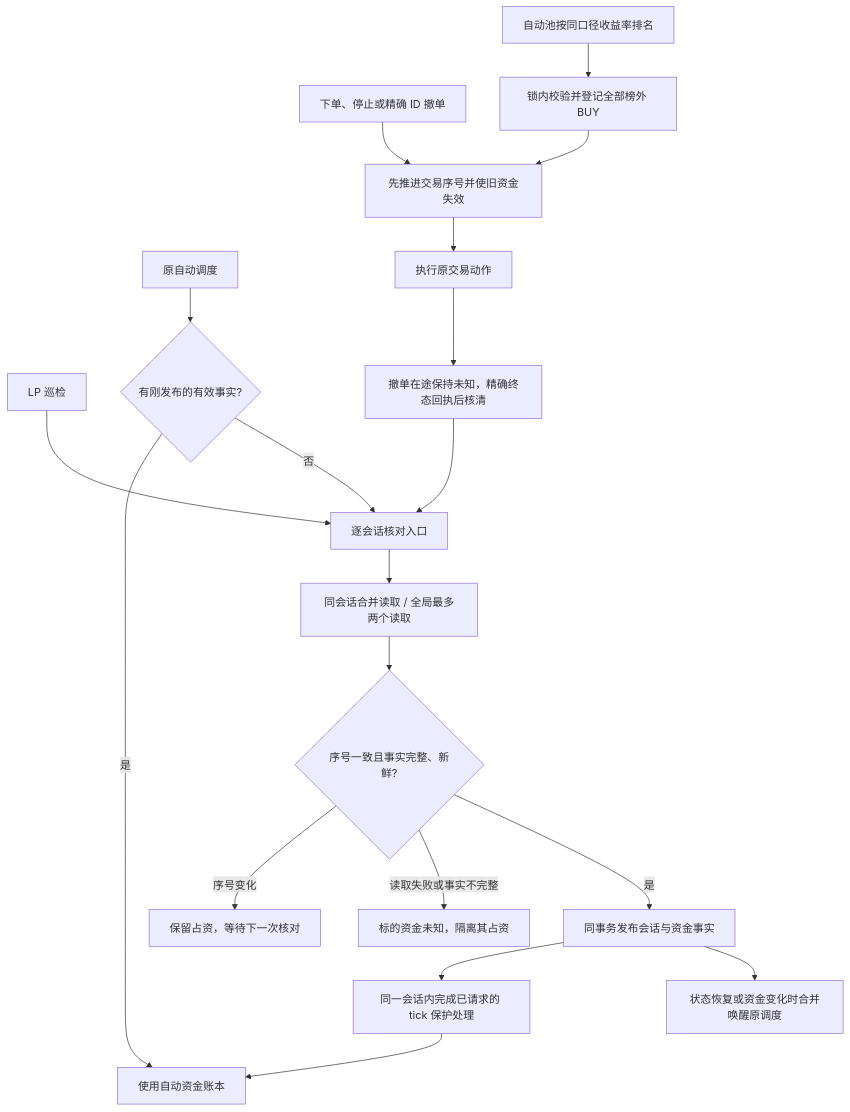
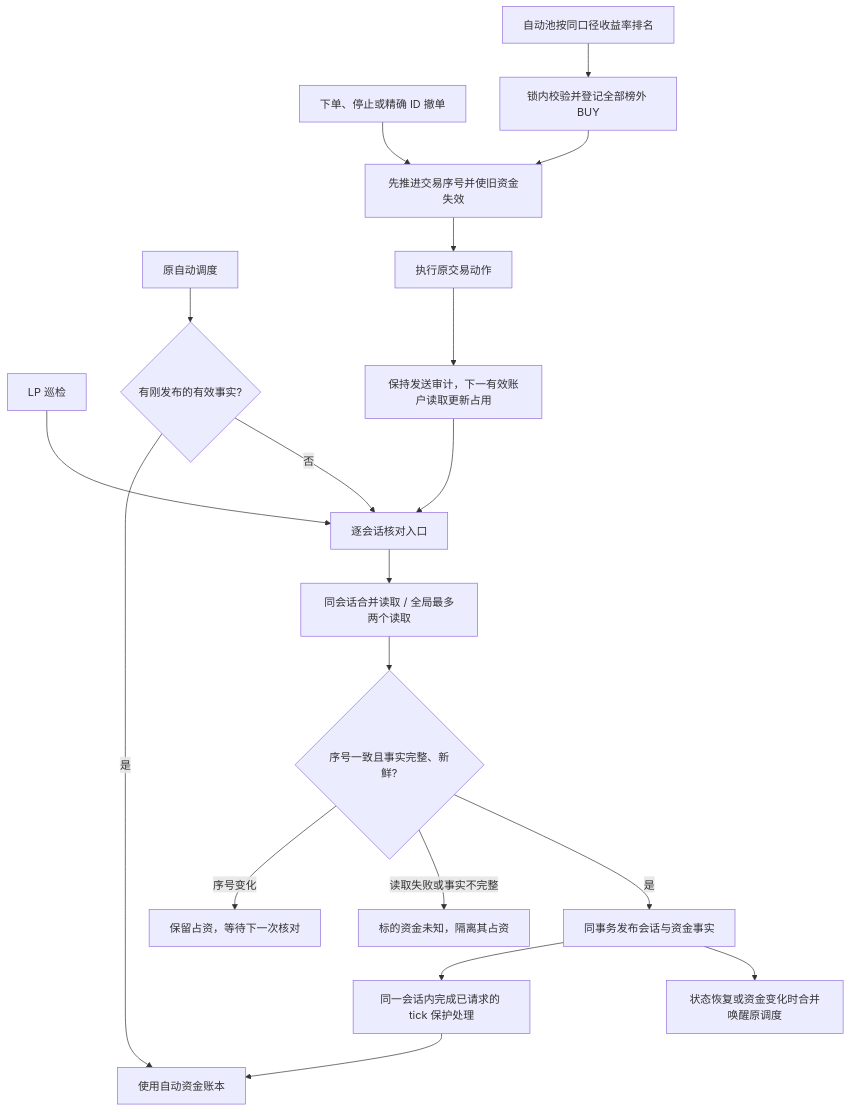
Before and after one commit to raymizzou/open_trader: the diagram in docs/contexts/prediction-arbitrage/CONTEXT.md, drawn with Mermaid. The commit also changed other lines of this file and 13 other files, not shown here.

````diff
--- a/docs/contexts/prediction-arbitrage/CONTEXT.md
+++ b/docs/contexts/prediction-arbitrage/CONTEXT.md
@@ -105,21 +111,21 @@
 ```mermaid
 flowchart TD
     Tick[LP 巡检] --> Shared[逐会话核对入口]
     Auto[原自动调度] --> Fresh{有刚发布的有效事实?}
     Fresh -->|是| Ledger[使用自动资金账本]
     Fresh -->|否| Shared
     Shared --> Read[同会话合并读取 / 全局最多两个读取]
     Change[下单、停止或精确 ID 撤单] --> Fence[先推进交易序号并使旧资金失效]
     Rank[自动池按同口径收益率排名] --> Batch[锁内校验并登记全部榜外 BUY]
     Batch --> Fence
     Fence --> Send[执行原交易动作]
-    Send --> Pending[撤单在途保持未知，精确终态回执后核清]
+    Send --> Pending[保持发送审计，下一有效账户读取更新占用]
     Pending --> Shared
     Read --> Check{序号一致且事实完整、新鲜?}
     Check -->|序号变化| Retry[保留占资，等待下一次核对]
     Check -->|读取失败或事实不完整| Unknown[标的资金未知，隔离其占资]
     Check -->|是| Publish[同事务发布会话与资金事实]
     Publish --> Monitor[同一会话内完成已请求的 tick 保护处理]
     Monitor --> Ledger
     Publish --> Wake[状态恢复或资金变化时合并唤醒原调度]
 ```
````
